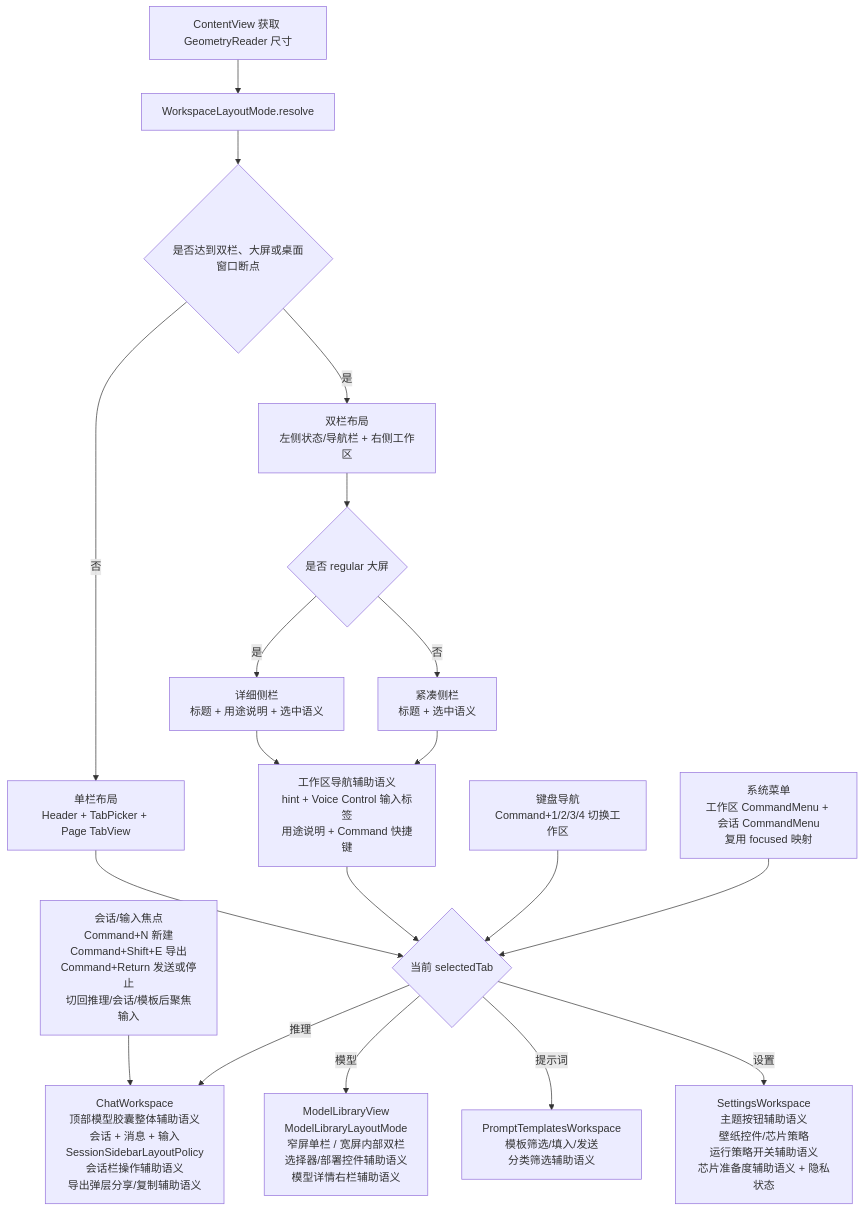
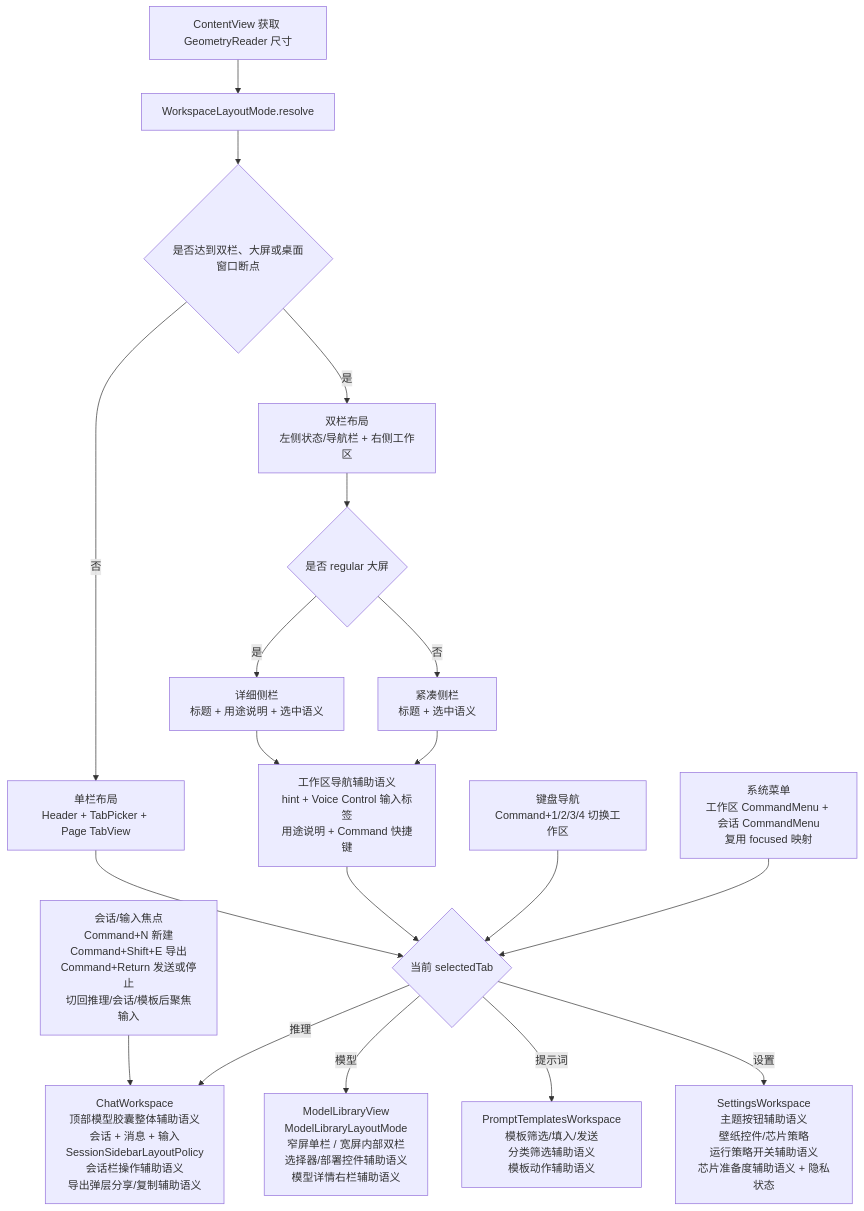
One commit to Altman-sam114/113 changed the fourth of 9 diagrams in md/flow/flowchart.md. Above: the diagram before and after it, drawn with Mermaid. The commit also changed other lines of this file and 8 other files, not shown here.

````diff
--- a/md/flow/flowchart.md
+++ b/md/flow/flowchart.md
@@ -68,21 +68,21 @@
 ```mermaid
 flowchart TD
     A[ContentView 获取 GeometryReader 尺寸] --> B[WorkspaceLayoutMode.resolve]
     B --> C{是否达到双栏、大屏或桌面窗口断点}
     C -- 否 --> D[单栏布局<br/>Header + TabPicker + Page TabView]
     C -- 是 --> E[双栏布局<br/>左侧状态/导航栏 + 右侧工作区]
     E --> N{是否 regular 大屏}
     N -- 是 --> O[详细侧栏<br/>标题 + 用途说明 + 选中语义]
     N -- 否 --> P[紧凑侧栏<br/>标题 + 选中语义]
     D --> F{当前 selectedTab}
     O --> X[工作区导航辅助语义<br/>hint + Voice Control 输入标签<br/>用途说明 + Command 快捷键]
     P --> X
     X --> F
     K[键盘导航<br/>Command+1/2/3/4 切换工作区] --> F
     M[系统菜单<br/>工作区 CommandMenu + 会话 CommandMenu<br/>复用 focused 映射] --> F
     L[会话/输入焦点<br/>Command+N 新建<br/>Command+Shift+E 导出<br/>Command+Return 发送或停止<br/>切回推理/会话/模板后聚焦输入] --> G
     F -- 推理 --> G[ChatWorkspace<br/>顶部模型胶囊整体辅助语义<br/>会话 + 消息 + 输入<br/>SessionSidebarLayoutPolicy<br/>会话栏操作辅助语义<br/>导出弹层分享/复制辅助语义]
     F -- 模型 --> H[ModelLibraryView<br/>ModelLibraryLayoutMode<br/>窄屏单栏 / 宽屏内部双栏<br/>选择器/部署控件辅助语义<br/>模型详情右栏辅助语义]
-    F -- 提示词 --> I[PromptTemplatesWorkspace<br/>模板筛选/填入/发送<br/>分类筛选辅助语义]
+    F -- 提示词 --> I[PromptTemplatesWorkspace<br/>模板筛选/填入/发送<br/>分类筛选辅助语义<br/>模板动作辅助语义]
     F -- 设置 --> J[SettingsWorkspace<br/>主题按钮辅助语义<br/>壁纸控件/芯片策略<br/>运行策略开关辅助语义<br/>芯片准备度辅助语义 + 隐私状态]
 ```
````
